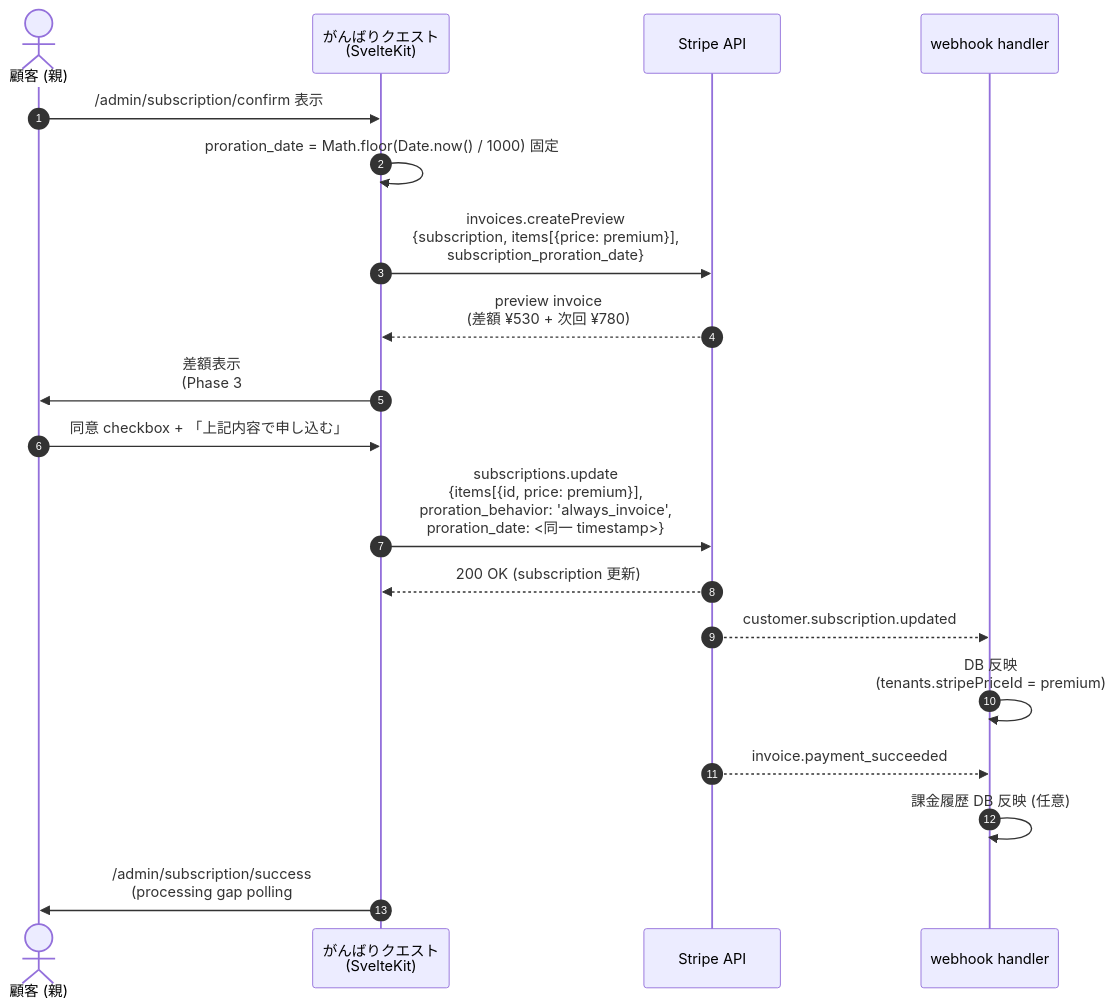
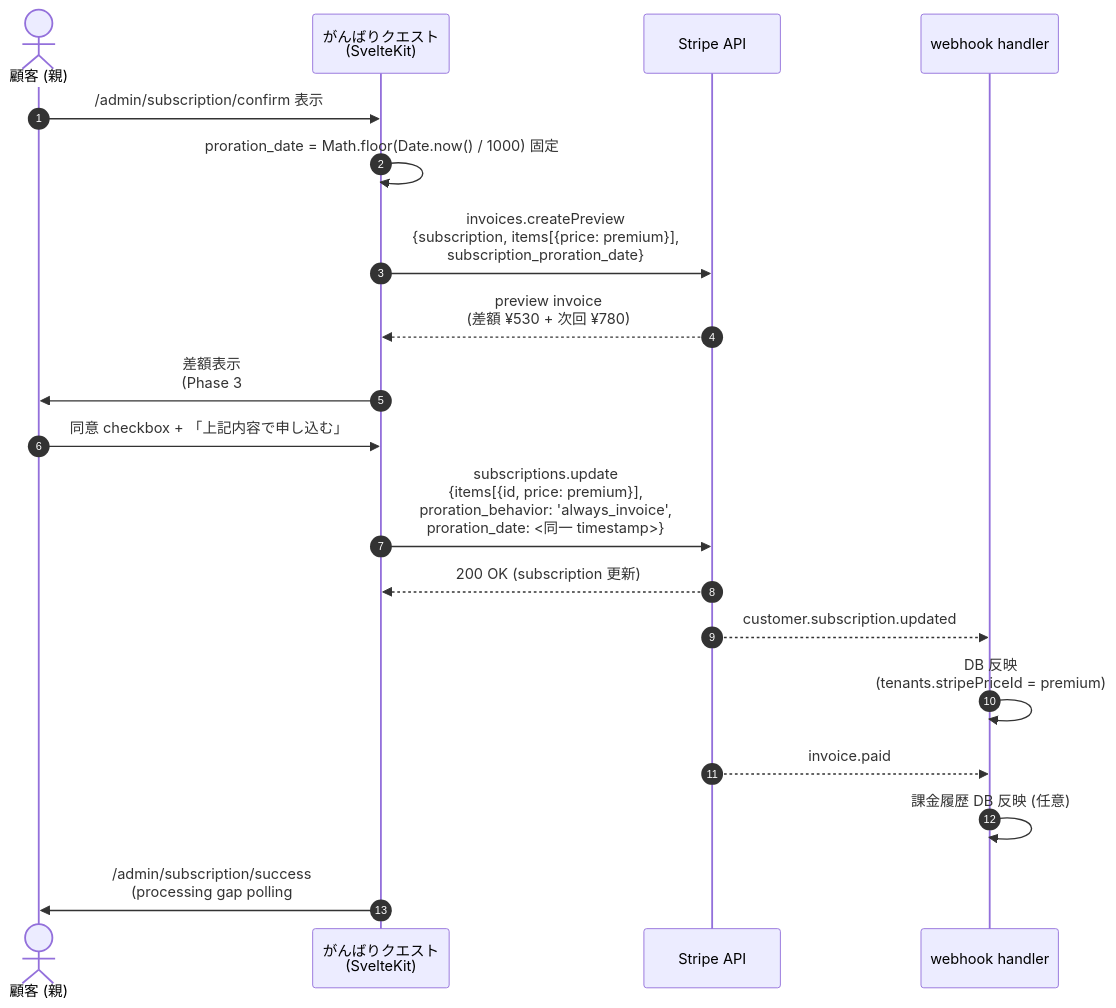
The first of 2 diagrams in docs/design/billing-redesign/phase5-proration-architecture.md (Takenori-Kusaka/ganbari-quest), drawn with Mermaid before and after one commit. The commit also changed other lines of this file and 20 other files, not shown here.

````diff
--- a/docs/design/billing-redesign/phase5-proration-architecture.md
+++ b/docs/design/billing-redesign/phase5-proration-architecture.md
@@ -81,22 +81,22 @@
 ```mermaid
 sequenceDiagram
     autonumber
     actor User as 顧客 (親)
     participant App as がんばりクエスト<br/>(SvelteKit)
     participant Stripe as Stripe API
     participant Webhook as webhook handler
 
     User->>App: /admin/subscription/confirm 表示
     App->>App: proration_date = Math.floor(Date.now() / 1000) 固定
     App->>Stripe: invoices.createPreview<br/>{subscription, items[{price: premium}],<br/>subscription_proration_date}
     Stripe-->>App: preview invoice<br/>(差額 ¥530 + 次回 ¥780)
     App->>User: 差額表示<br/>(Phase 3 #2573 §3.3 6 ブロック)
     User->>App: 同意 checkbox + 「上記内容で申し込む」
     App->>Stripe: subscriptions.update<br/>{items[{id, price: premium}],<br/>proration_behavior: 'always_invoice',<br/>proration_date: <同一 timestamp>}
     Stripe-->>App: 200 OK (subscription 更新)
     Stripe-->>Webhook: customer.subscription.updated
     Webhook->>Webhook: DB 反映<br/>(tenants.stripePriceId = premium)
-    Stripe-->>Webhook: invoice.payment_succeeded
+    Stripe-->>Webhook: invoice.paid
     Webhook->>Webhook: 課金履歴 DB 反映 (任意)
     App->>User: /admin/subscription/success<br/>(processing gap polling #2572)
 ```
````
